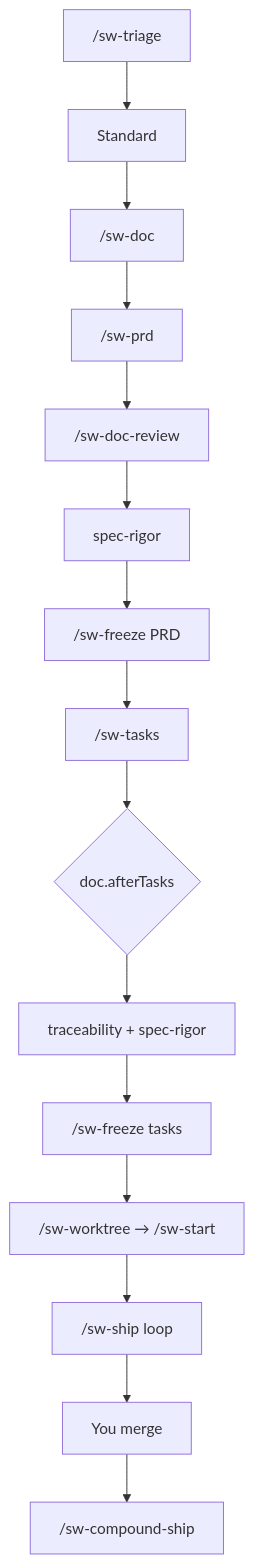
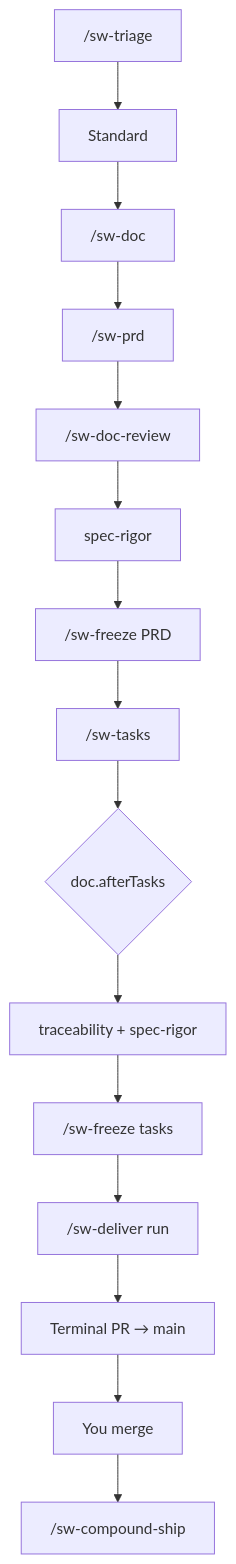
The fourth of 12 diagrams in README.md (grdavies/shipwright), drawn with Mermaid before and after one commit. The commit also changed other lines of this file and 115 other files, not shown here.

````diff
--- a/README.md
+++ b/README.md
@@ -333,17 +344,17 @@
 ```mermaid
 flowchart TB
   T["/sw-triage"] --> S[Standard]
   S --> DOC["/sw-doc"]
   DOC --> PRD["/sw-prd"]
   PRD --> REV["/sw-doc-review"]
   REV --> SR1[spec-rigor]
   SR1 --> FZ1["/sw-freeze PRD"]
   FZ1 --> TS["/sw-tasks"]
   TS --> BT{doc.afterTasks}
   BT --> SR2[traceability + spec-rigor]
   SR2 --> FZ2["/sw-freeze tasks"]
-  FZ2 --> WT["/sw-worktree → /sw-start"]
-  WT --> SH["/sw-ship loop"]
-  SH --> MERGE[You merge]
+  FZ2 --> DEL["/sw-deliver run"]
+  DEL --> TM[Terminal PR → main]
+  TM --> MERGE[You merge]
   MERGE --> CM["/sw-compound-ship"]
 ```
````
